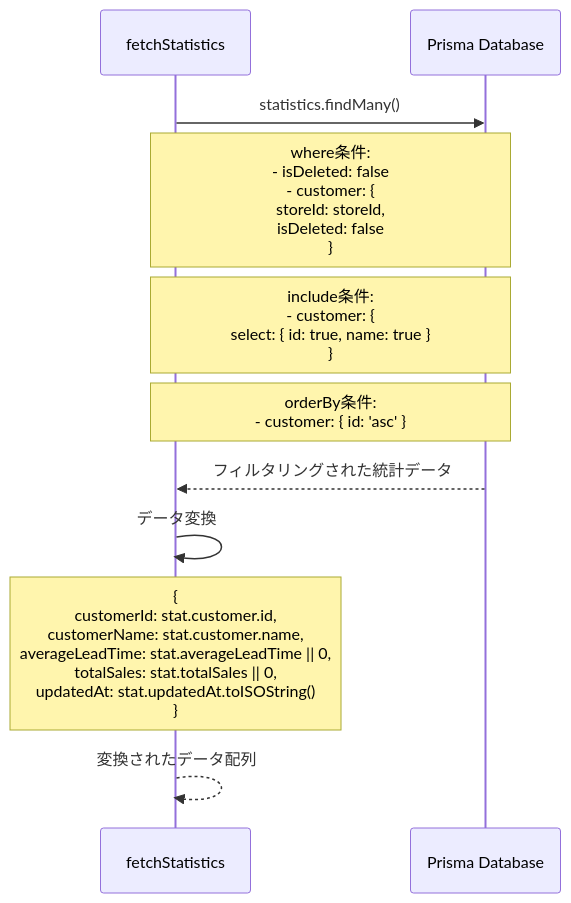
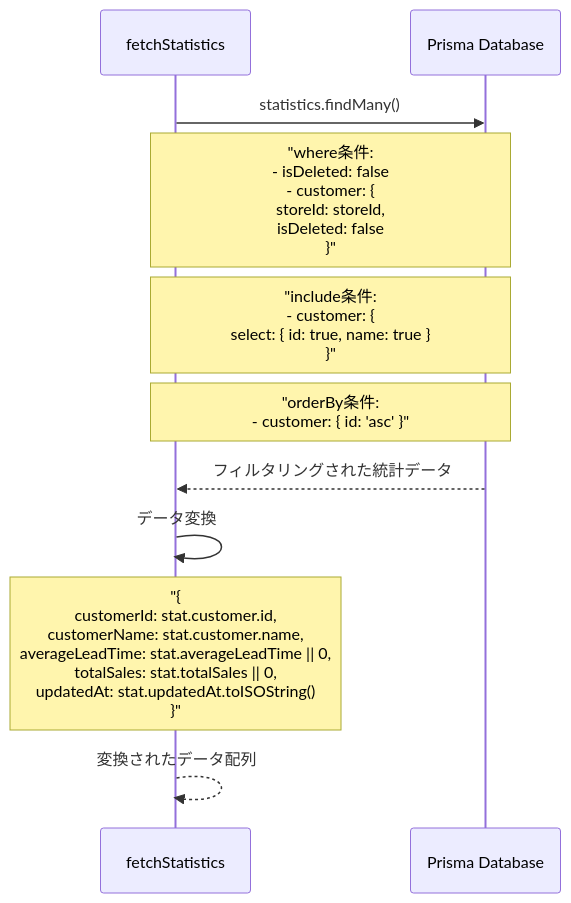
The sixth of 8 diagrams in document/actions/sequence/statistics.md (wasabi49/ocs-systemDevelopmentExercises), drawn with Mermaid before and after one commit. The commit also changed other lines of this file and 42 other files, not shown here.

First line of the commit message:
fix: mermaidシーケンス図のNote over文でダブルクォーテーション不足を修正

````diff
--- a/document/actions/sequence/statistics.md
+++ b/document/actions/sequence/statistics.md
@@ -169,19 +169,19 @@
 ```mermaid
 sequenceDiagram
     participant Action as fetchStatistics
     participant DB as Prisma Database
 
     Action->>DB: statistics.findMany()
-    Note over Action,DB: where条件:<br/>- isDeleted: false<br/>- customer: {<br/>    storeId: storeId,<br/>    isDeleted: false<br/>  }
+    Note over Action,DB: "where条件:<br/>- isDeleted: false<br/>- customer: {<br/>    storeId: storeId,<br/>    isDeleted: false<br/>  }"
     
-    Note over Action,DB: include条件:<br/>- customer: {<br/>    select: { id: true, name: true }<br/>  }
+    Note over Action,DB: "include条件:<br/>- customer: {<br/>    select: { id: true, name: true }<br/>  }"
     
-    Note over Action,DB: orderBy条件:<br/>- customer: { id: 'asc' }
+    Note over Action,DB: "orderBy条件:<br/>- customer: { id: 'asc' }"
     
     DB-->>Action: フィルタリングされた統計データ
     
     Action->>Action: データ変換
-    Note over Action: {<br/>  customerId: stat.customer.id,<br/>  customerName: stat.customer.name,<br/>  averageLeadTime: stat.averageLeadTime || 0,<br/>  totalSales: stat.totalSales || 0,<br/>  updatedAt: stat.updatedAt.toISOString()<br/>}
+    Note over Action: "{<br/>  customerId: stat.customer.id,<br/>  customerName: stat.customer.name,<br/>  averageLeadTime: stat.averageLeadTime || 0,<br/>  totalSales: stat.totalSales || 0,<br/>  updatedAt: stat.updatedAt.toISOString()<br/>}"
     
     Action-->>Action: 変換されたデータ配列
 ```
````
